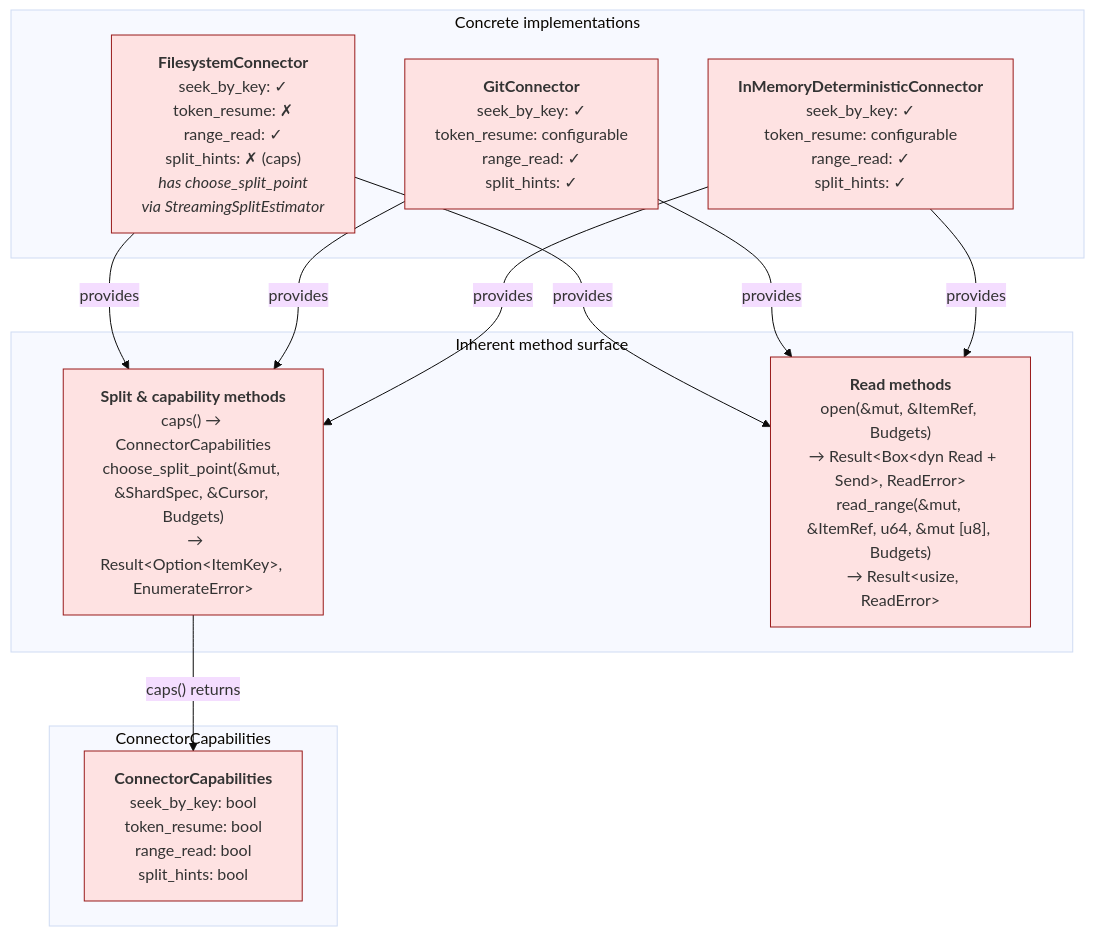
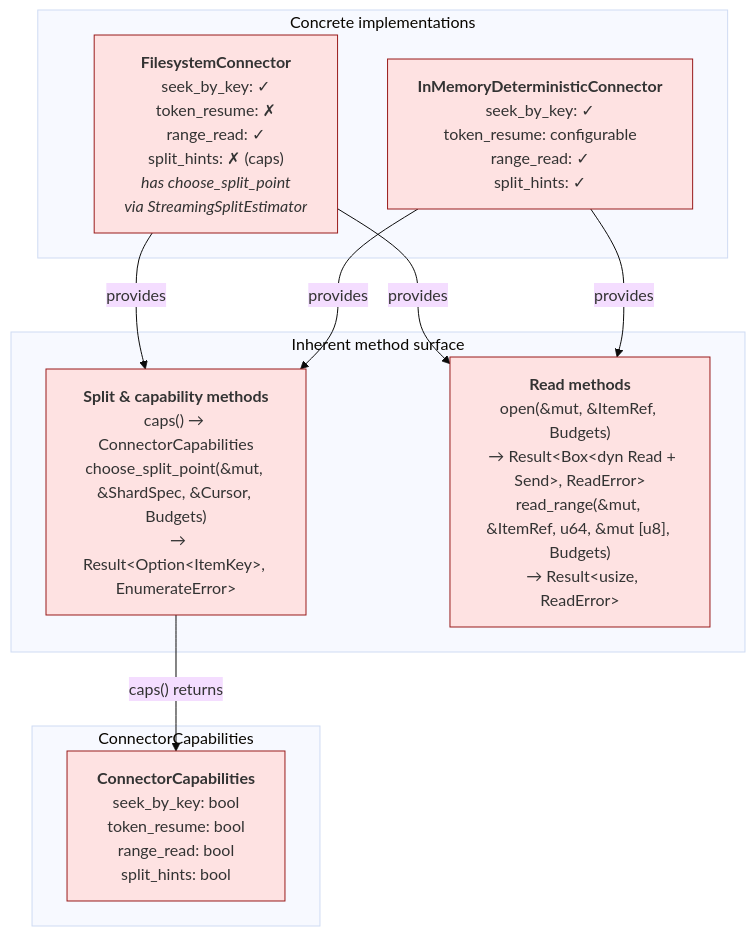
The first of 4 diagrams in diagrams/14-connector-architecture.md (ahrav/Gossip-rs), drawn with Mermaid (base theme) before and after one commit. The commit also changed other lines of this file and 8 other files, not shown here.

Commit message:
Remove GitConnector from architecture documentation

````diff
--- a/diagrams/14-connector-architecture.md
+++ b/diagrams/14-connector-architecture.md
@@ -20,34 +20,30 @@
 ```mermaid
 %% Diagram: connector-method-surface
 graph TD
     subgraph Caps["ConnectorCapabilities"]
         CC["<b>ConnectorCapabilities</b><br/>seek_by_key: bool<br/>token_resume: bool<br/>range_read: bool<br/>split_hints: bool"]
     end
 
     subgraph Methods["Inherent method surface"]
         EM["<b>Split &amp; capability methods</b><br/>caps() → ConnectorCapabilities<br/>choose_split_point(&mut, &ShardSpec, &Cursor, Budgets)<br/>  → Result&lt;Option&lt;ItemKey&gt;, EnumerateError&gt;"]
         RM["<b>Read methods</b><br/>open(&mut, &ItemRef, Budgets)<br/>  → Result&lt;Box&lt;dyn Read + Send&gt;, ReadError&gt;<br/>read_range(&mut, &ItemRef, u64, &mut [u8], Budgets)<br/>  → Result&lt;usize, ReadError&gt;"]
     end
 
     EM -->|"caps() returns"| CC
 
     subgraph Connectors["Concrete implementations"]
         FS["<b>FilesystemConnector</b><br/>seek_by_key: ✓<br/>token_resume: ✗<br/>range_read: ✓<br/>split_hints: ✗ (caps)<br/><i>has choose_split_point<br/>via StreamingSplitEstimator</i>"]
-        GIT["<b>GitConnector</b><br/>seek_by_key: ✓<br/>token_resume: configurable<br/>range_read: ✓<br/>split_hints: ✓"]
         MEM["<b>InMemoryDeterministicConnector</b><br/>seek_by_key: ✓<br/>token_resume: configurable<br/>range_read: ✓<br/>split_hints: ✓"]
     end
 
     FS -->|provides| EM
     FS -->|provides| RM
-    GIT -->|provides| EM
-    GIT -->|provides| RM
     MEM -->|provides| EM
     MEM -->|provides| RM
 
     style CC fill:#FEE2E2,stroke:#991B1B
     style EM fill:#FEE2E2,stroke:#991B1B
     style RM fill:#FEE2E2,stroke:#991B1B
     style FS fill:#FEE2E2,stroke:#991B1B
-    style GIT fill:#FEE2E2,stroke:#991B1B
     style MEM fill:#FEE2E2,stroke:#991B1B
 ```
````
